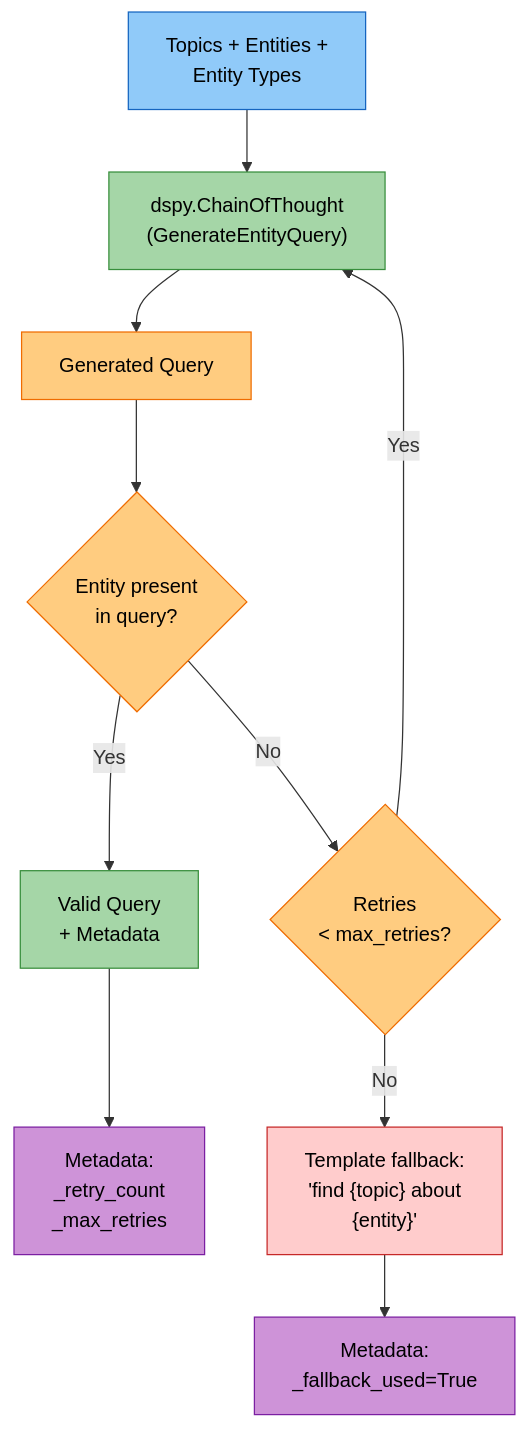
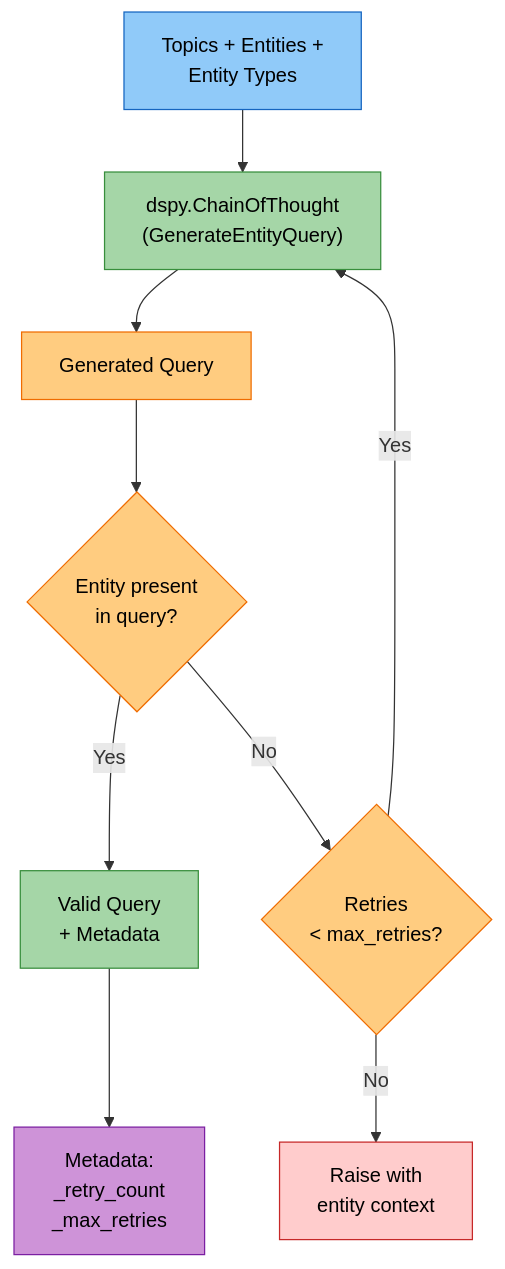
Before and after one commit to amit-jain/cogniverse: the second of 8 diagrams in docs/architecture/evaluation-optimization-loop.md, drawn with Mermaid. The commit also changed other lines of this file and 17 other files, not shown here.

````diff
--- a/docs/architecture/evaluation-optimization-loop.md
+++ b/docs/architecture/evaluation-optimization-loop.md
@@ -306,23 +306,21 @@
 ```mermaid
 flowchart TD
     IN["<span style='color:#000'>Topics + Entities +<br/>Entity Types</span>"] --> COT["<span style='color:#000'>dspy.ChainOfThought<br/>(GenerateEntityQuery)</span>"]
     COT --> Q["<span style='color:#000'>Generated Query</span>"]
     Q --> VAL{"<span style='color:#000'>Entity present<br/>in query?</span>"}
     VAL -- "Yes" --> OUT["<span style='color:#000'>Valid Query<br/>+ Metadata</span>"]
     VAL -- "No" --> RC{"<span style='color:#000'>Retries<br/>< max_retries?</span>"}
     RC -- "Yes" --> COT
-    RC -- "No" --> FB["<span style='color:#000'>Template fallback:<br/>'find {topic} about<br/>{entity}'</span>"]
+    RC -- "No" --> ERR["<span style='color:#000'>Raise with<br/>entity context</span>"]
 
     OUT --> META["<span style='color:#000'>Metadata:<br/>_retry_count<br/>_max_retries</span>"]
-    FB --> META2["<span style='color:#000'>Metadata:<br/>_fallback_used=True</span>"]
 
     style IN fill:#90caf9,stroke:#1565c0,color:#000
     style COT fill:#a5d6a7,stroke:#388e3c,color:#000
     style Q fill:#ffcc80,stroke:#ef6c00,color:#000
     style VAL fill:#ffcc80,stroke:#ef6c00,color:#000
     style OUT fill:#a5d6a7,stroke:#388e3c,color:#000
     style RC fill:#ffcc80,stroke:#ef6c00,color:#000
-    style FB fill:#ffcccc,stroke:#c62828,color:#000
+    style ERR fill:#ffcccc,stroke:#c62828,color:#000
     style META fill:#ce93d8,stroke:#7b1fa2,color:#000
-    style META2 fill:#ce93d8,stroke:#7b1fa2,color:#000
 ```
````
